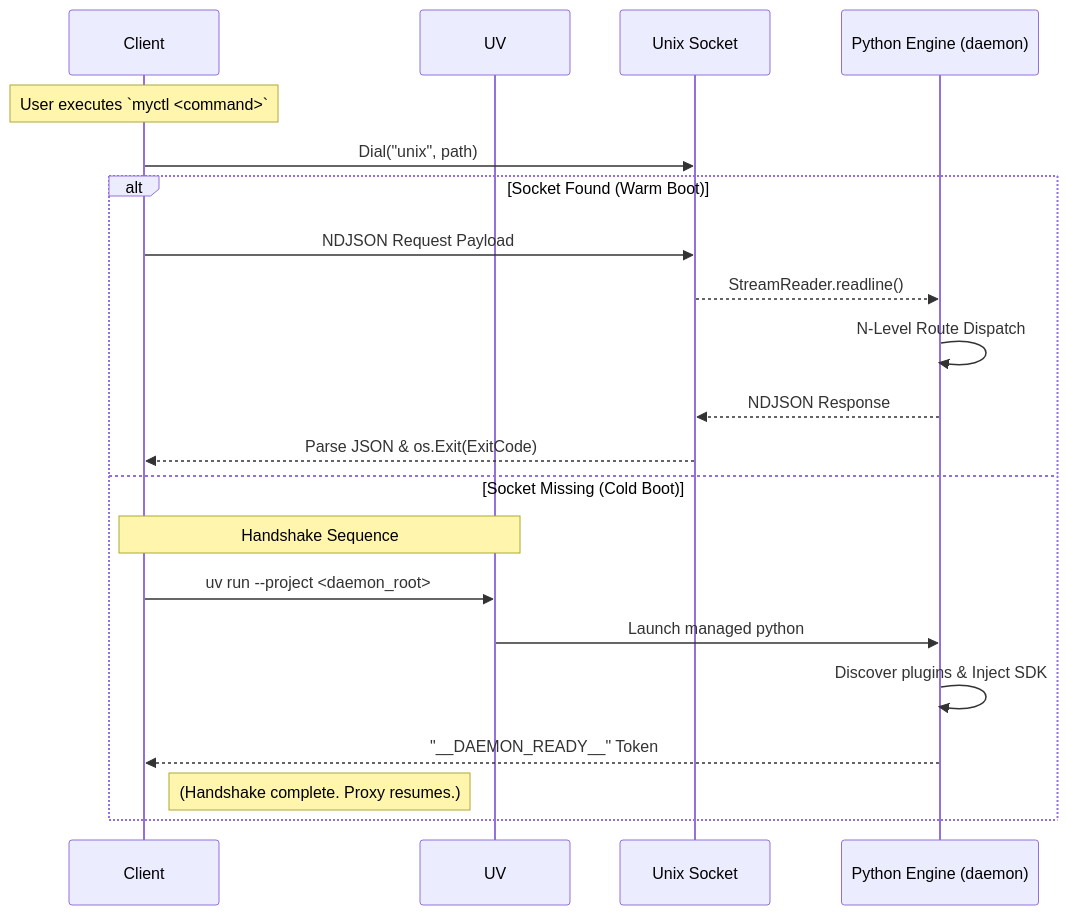
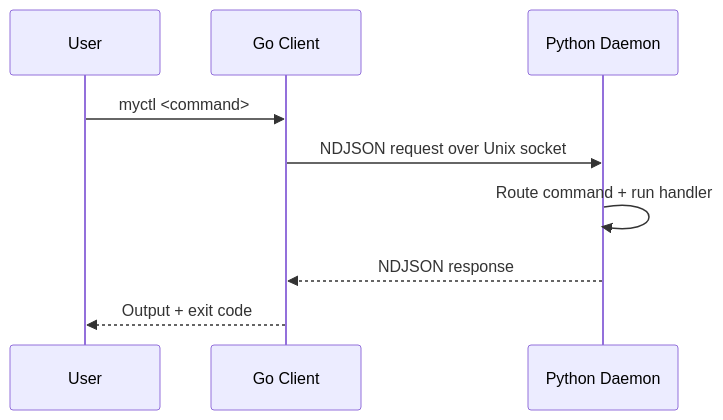
One commit to mydehq/MyCTL-Next changed the diagram in docs/md/technical/overview.md. Above: the diagram before and after it, drawn with Mermaid. The commit also changed other lines of this file and 27 other files, not shown here.

````diff
--- a/docs/md/technical/overview.md
+++ b/docs/md/technical/overview.md
@@ -14,25 +22,12 @@
 ```mermaid
 sequenceDiagram
-    participant CLI as Client
-    participant UV as UV
-    participant Socket as Unix Socket
-    participant Engine as Python Engine (daemon)
+    participant User
+    participant CLI as Go Client
+    participant D as Python Daemon
 
-    Note over CLI: User executes `myctl <command>`
-
-    CLI->>Socket: Dial("unix", path)
-    alt Socket Found (Warm Boot)
-        CLI->>Socket: NDJSON Request Payload
-        Socket-->>Engine: StreamReader.readline()
-        Engine->>Engine: N-Level Route Dispatch
-        Engine-->>Socket: NDJSON Response
-        Socket-->>CLI: Parse JSON & os.Exit(ExitCode)
-    else Socket Missing (Cold Boot)
-        Note over CLI, UV: Handshake Sequence
-        CLI->>UV: uv run --project <daemon_root>
-        UV->>Engine: Launch managed python
-        Engine->>Engine: Discover plugins & Inject SDK
-        Engine-->>CLI: "__DAEMON_READY__" Token
-        Note right of CLI: (Handshake complete. Proxy resumes.)
-    end
+    User->>CLI: myctl <command>
+    CLI->>D: NDJSON request over Unix socket
+    D->>D: Route command + run handler
+    D-->>CLI: NDJSON response
+    CLI-->>User: Output + exit code
 ```
````
